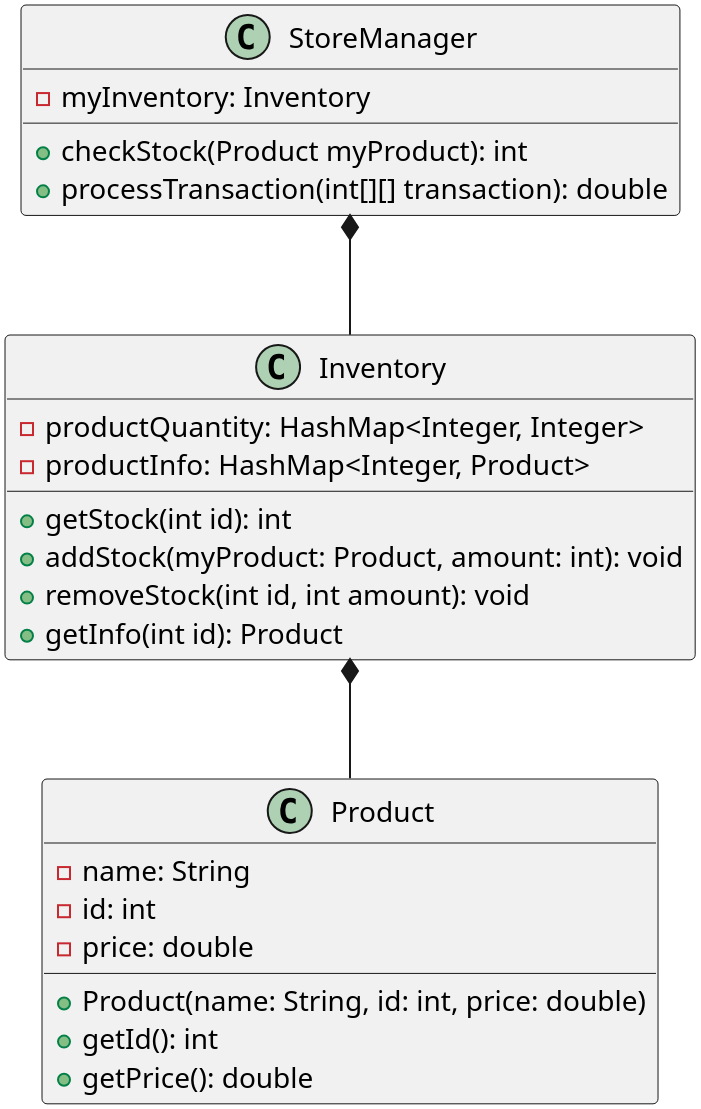
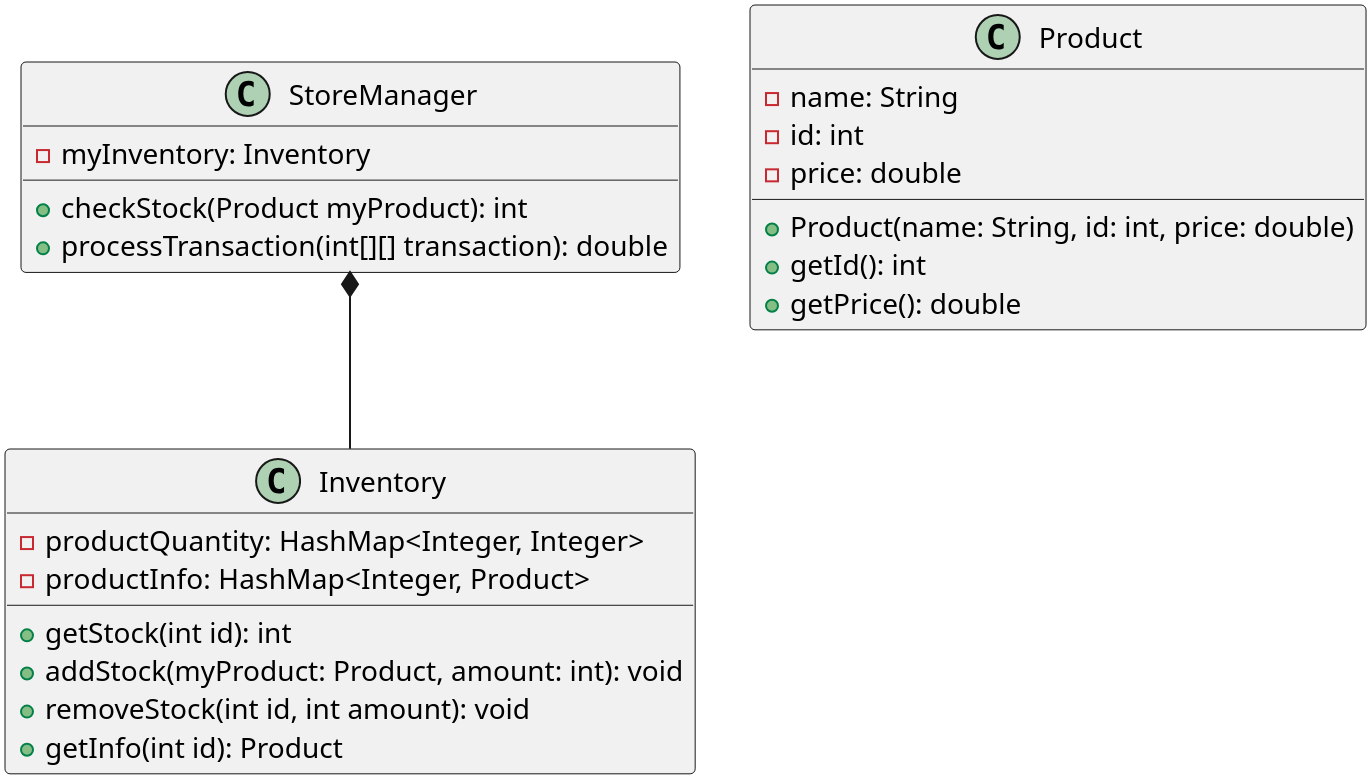
Before and after one commit to ASpaceFrog/E-Commerce-App: the diagram in UML.puml, drawn with PlantUML. The commit also changed 1 other file, not shown here.

```diff
--- a/UML.puml
+++ b/UML.puml
@@ -1,34 +1,33 @@
 @startuml
 'https://plantuml.com/class-diagram
 scale 5
-Inventory *-- Product
 StoreManager *-- Inventory
 
 class Product {
     -name: String
     -id: int
     -price: double
 
     +Product(name: String, id: int, price: double)
     +getId(): int
     +getPrice(): double
 }
 
 class Inventory {
     -productQuantity: HashMap<Integer, Integer>
     -productInfo: HashMap<Integer, Product>
 
     +getStock(int id): int
     +addStock(myProduct: Product, amount: int): void
     +removeStock(int id, int amount): void
     +getInfo(int id): Product
 }
 
 class StoreManager{
     -myInventory: Inventory
 
     +checkStock(Product myProduct): int
     +processTransaction(int[][] transaction): double
 }
 
 @enduml
```
